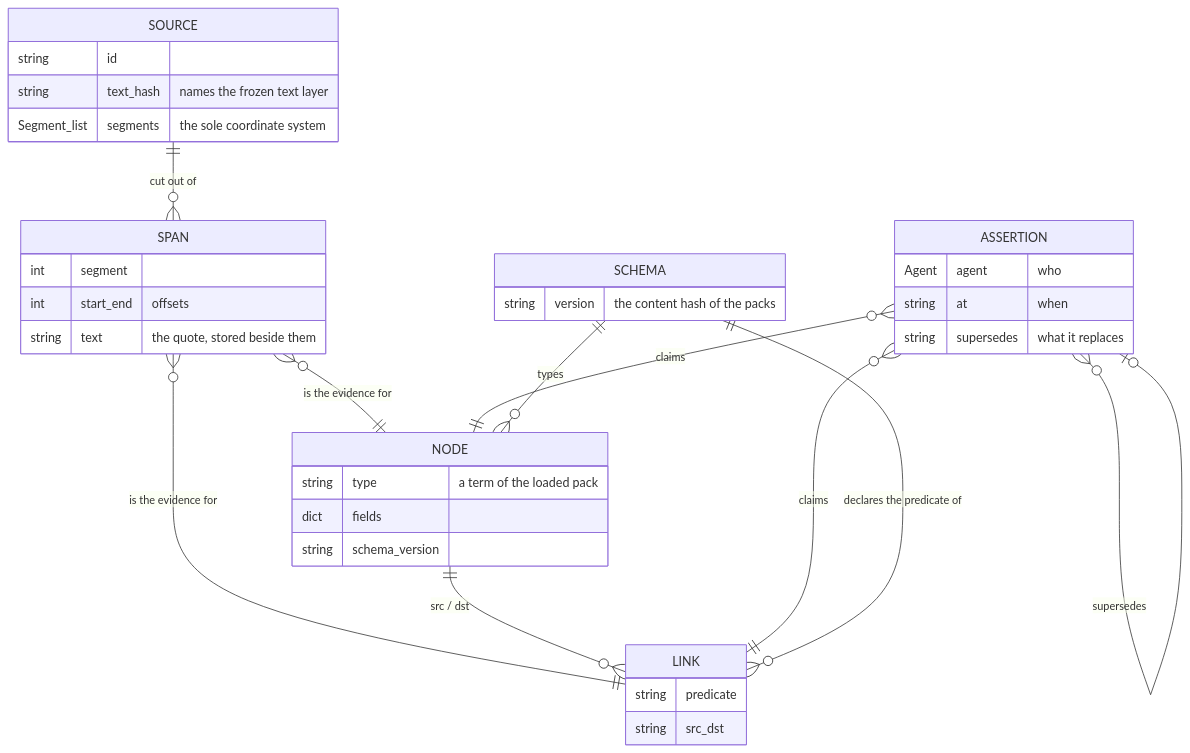
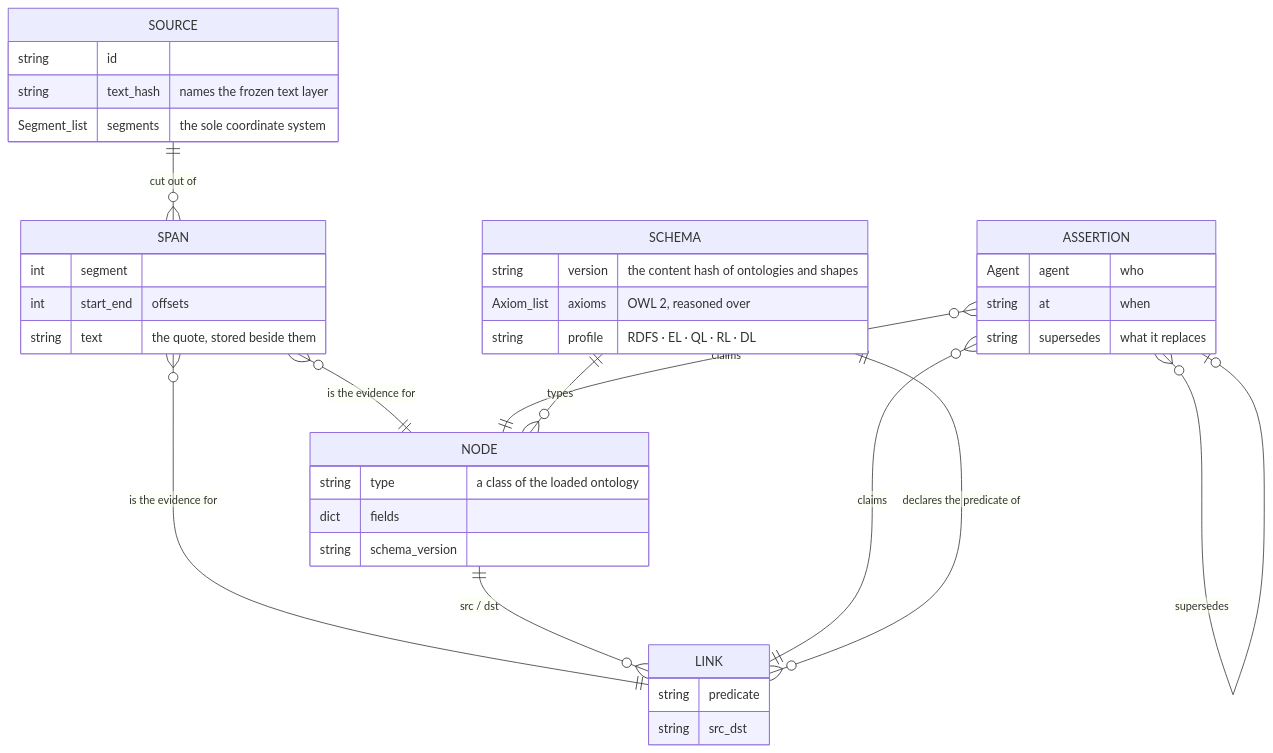
Before and after one commit to Hamyrappy/atlas-of-science: the second of 6 diagrams in docs/overview.md, drawn with Mermaid. The commit also changed other lines of this file and 41 other files, not shown here.

````diff
--- a/docs/overview.md
+++ b/docs/overview.md
@@ -65,40 +69,42 @@
 ```mermaid
 erDiagram
     SOURCE ||--o{ SPAN : "cut out of"
     SPAN }o--|| NODE : "is the evidence for"
     SPAN }o--|| LINK : "is the evidence for"
     NODE ||--o{ LINK : "src / dst"
     ASSERTION }o--|| NODE : "claims"
     ASSERTION }o--|| LINK : "claims"
     ASSERTION }o--o| ASSERTION : "supersedes"
     SCHEMA ||--o{ NODE : "types"
     SCHEMA ||--o{ LINK : "declares the predicate of"
 
     SOURCE {
         string id
         string text_hash "names the frozen text layer"
         Segment_list segments "the sole coordinate system"
     }
     SPAN {
         int segment
         int start_end "offsets"
         string text "the quote, stored beside them"
     }
     NODE {
-        string type "a term of the loaded pack"
+        string type "a class of the loaded ontology"
         dict fields
         string schema_version
     }
     LINK {
         string predicate
         string src_dst
     }
     ASSERTION {
         Agent agent "who"
         string at "when"
         string supersedes "what it replaces"
     }
     SCHEMA {
-        string version "the content hash of the packs"
+        string version "the content hash of ontologies and shapes"
+        Axiom_list axioms "OWL 2, reasoned over"
+        string profile "RDFS · EL · QL · RL · DL"
     }
 ```
````
